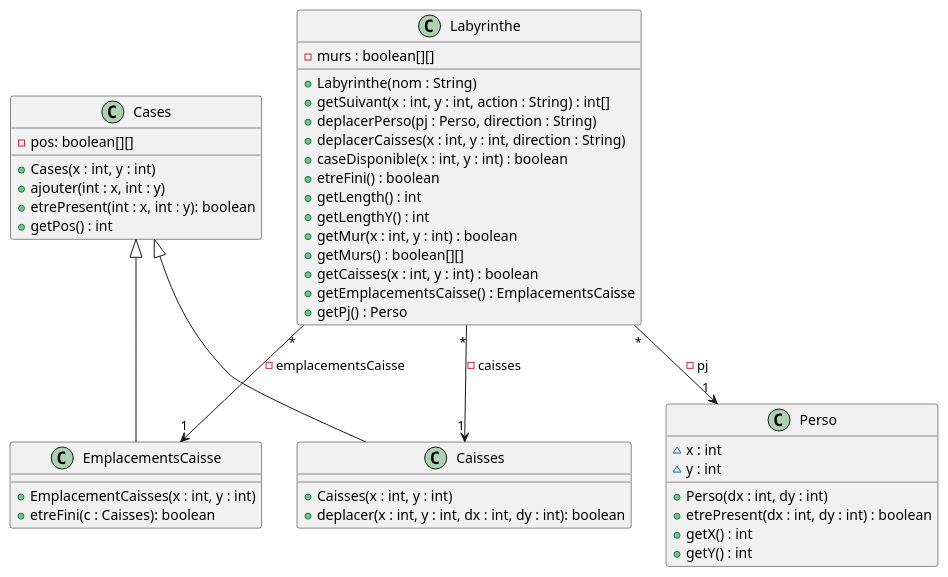
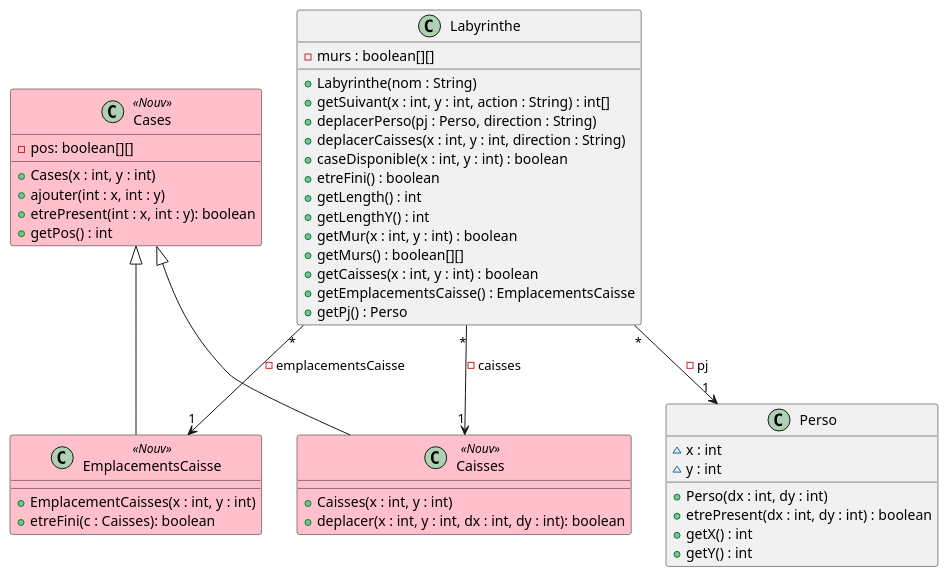
The diagram in documents/version_3/Modification du diagramme de classe de Labyrinthe.puml (Flotss/Zeldiablo), drawn with PlantUML before and after one commit. The commit also changed 2 other files, not shown here.

Commit message:
ajout couleur diagramme de class

```diff
--- a/documents/version_3/Modification du diagramme de classe de Labyrinthe.puml
+++ b/documents/version_3/Modification du diagramme de classe de Labyrinthe.puml
@@ -1,54 +1,58 @@
 @startuml
+skinparam class{
+  BackgroundColor<<Nouv>> Pink
+}
 
-class Labyrinthe{
+
+class Labyrinthe {
     - murs : boolean[][]
     + Labyrinthe(nom : String)
     + getSuivant(x : int, y : int, action : String) : int[]
     + deplacerPerso(pj : Perso, direction : String)
     + deplacerCaisses(x : int, y : int, direction : String)
     + caseDisponible(x : int, y : int) : boolean
     + etreFini() : boolean
     + getLength() : int
     + getLengthY() : int
     + getMur(x : int, y : int) : boolean
     + getMurs() : boolean[][]
     + getCaisses(x : int, y : int) : boolean
     + getEmplacementsCaisse() : EmplacementsCaisse
     + getPj() : Perso
 }
 
-class Cases{
+class Cases <<Nouv>>{
     - pos: boolean[][]
     + Cases(x : int, y : int)
     + ajouter(int : x, int : y)
     + etrePresent(int : x, int : y): boolean
     + getPos() : int
 }
 
-class Caisses {
+class Caisses <<Nouv>>{
     + Caisses(x : int, y : int)
     + deplacer(x : int, y : int, dx : int, dy : int): boolean
 }
 
-class EmplacementsCaisse {
+class EmplacementsCaisse <<Nouv>>{
     + EmplacementCaisses(x : int, y : int)
     + etreFini(c : Caisses): boolean
 }
 
 class Perso {
     ~ x : int
     ~ y : int
     + Perso(dx : int, dy : int)
     + etrePresent(dx : int, dy : int) : boolean
     + getX() : int
     + getY() : int
 }
 Labyrinthe "*" --> "1" Perso : - pj
 
 Labyrinthe "*" --> "1" Caisses : - caisses
 
 Labyrinthe "*" --> "1" EmplacementsCaisse : - emplacementsCaisse
 
 Cases <|-- Caisses
 Cases <|-- EmplacementsCaisse
 @enduml
```
